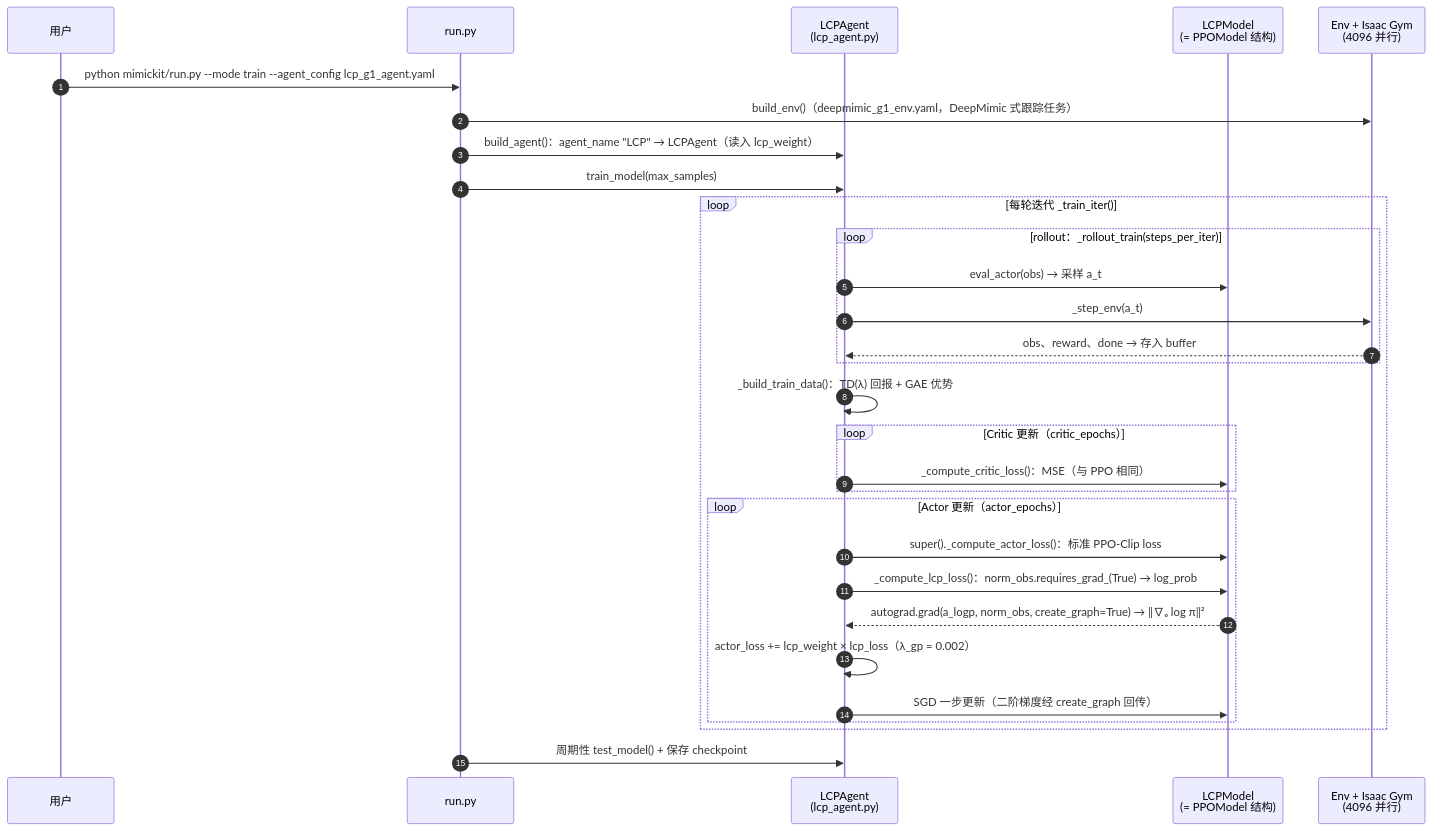
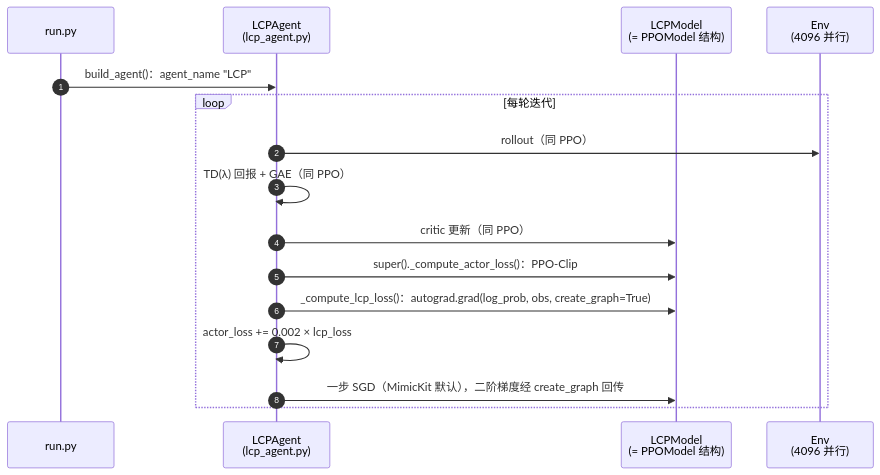
Before and after one commit to ImChong/Robot_Learning_Paper_Notebooks: the fourth of 4 diagrams in papers/01_Foundational_RL/LCP_Sim-to-Real_Action_Smoothing/LCP_Sim-to-Real_Action_Smoothing.md, drawn with Mermaid. The commit also changed other lines of this file and 18 other files, not shown here.

```diff
--- a/papers/01_Foundational_RL/LCP_Sim-to-Real_Action_Smoothing/LCP_Sim-to-Real_Action_Smoothing.md
+++ b/papers/01_Foundational_RL/LCP_Sim-to-Real_Action_Smoothing/LCP_Sim-to-Real_Action_Smoothing.md
@@ -638,32 +625,18 @@
 <div class="mermaid">
 sequenceDiagram
     autonumber
-    participant U as 用户
     participant R as run.py
     participant AG as LCPAgent<br/>(lcp_agent.py)
     participant M as LCPModel<br/>(= PPOModel 结构)
-    participant E as Env + Isaac Gym<br/>(4096 并行)
-    U->>R: python mimickit/run.py --mode train --agent_config lcp_g1_agent.yaml
-    R->>E: build_env()（deepmimic_g1_env.yaml，DeepMimic 式跟踪任务）
-    R->>AG: build_agent()：agent_name "LCP" → LCPAgent（读入 lcp_weight）
-    R->>AG: train_model(max_samples)
-    loop 每轮迭代 _train_iter()
-        loop rollout：_rollout_train(steps_per_iter)
-            AG->>M: eval_actor(obs) → 采样 a_t
-            AG->>E: _step_env(a_t)
-            E-->>AG: obs、reward、done → 存入 buffer
-        end
-        AG->>AG: _build_train_data()：TD(λ) 回报 + GAE 优势
-        loop Critic 更新（critic_epochs）
-            AG->>M: _compute_critic_loss()：MSE（与 PPO 相同）
-        end
-        loop Actor 更新（actor_epochs）
-            AG->>M: super()._compute_actor_loss()：标准 PPO-Clip loss
-            AG->>M: _compute_lcp_loss()：norm_obs.requires_grad_(True) → log_prob
-            M-->>AG: autograd.grad(a_logp, norm_obs, create_graph=True) → ‖∇ₒ log π‖²
-            AG->>AG: actor_loss += lcp_weight × lcp_loss（λ_gp = 0.002）
-            AG->>M: SGD 一步更新（二阶梯度经 create_graph 回传）
-        end
+    participant E as Env<br/>(4096 并行)
+    R->>AG: build_agent()：agent_name "LCP"
+    loop 每轮迭代
+        AG->>E: rollout（同 PPO）
+        AG->>AG: TD(λ) 回报 + GAE（同 PPO）
+        AG->>M: critic 更新（同 PPO）
+        AG->>M: super()._compute_actor_loss()：PPO-Clip
+        AG->>M: _compute_lcp_loss()：autograd.grad(log_prob, obs, create_graph=True)
+        AG->>AG: actor_loss += 0.002 × lcp_loss
+        AG->>M: 一步 SGD（MimicKit 默认），二阶梯度经 create_graph 回传
     end
-    R->>AG: 周期性 test_model() + 保存 checkpoint
 </div>
```
